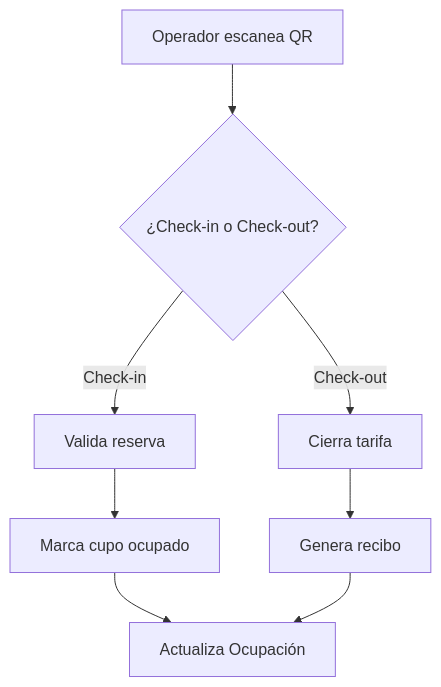
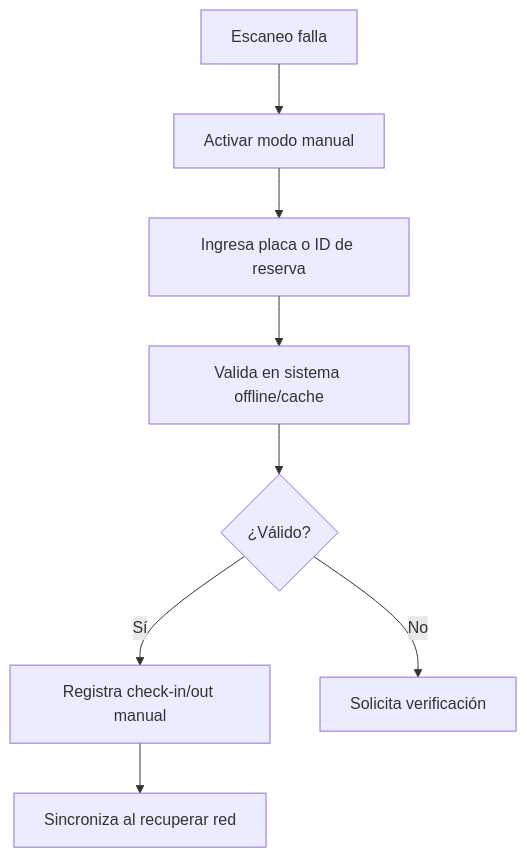
Before and after one commit to Amospad/Locify: the eighth of 10 diagrams in docs/docs/tecnico/referencia/mapa-flujos-usuario.md, drawn with Mermaid. The commit also changed other lines of this file and 1 other file, not shown here.

Commit message:
docs(tecnico): completa mapa de 10 flujos de usuario con diagramas Mermaid

````diff
--- a/docs/docs/tecnico/referencia/mapa-flujos-usuario.md
+++ b/docs/docs/tecnico/referencia/mapa-flujos-usuario.md
@@ -100,10 +120,10 @@
 ```mermaid
 flowchart TD
-    A[Operador escanea QR] --> B{¿Check-in o Check-out?}
-    B -->|Check-in| C[Valida reserva]
-    B -->|Check-out| D[Cierra tarifa]
-    C --> E[Marca cupo ocupado]
-    D --> F[Genera recibo]
-    E --> G[Actualiza Ocupación]
-    F --> G
+    A[Escaneo falla] --> B[Activar modo manual]
+    B --> C[Ingresa placa o ID de reserva]
+    C --> D[Valida en sistema offline/cache]
+    D --> E{¿Válido?}
+    E -->|Sí| F[Registra check-in/out manual]
+    E -->|No| G[Solicita verificación]
+    F --> H[Sincroniza al recuperar red]
 ```
````
